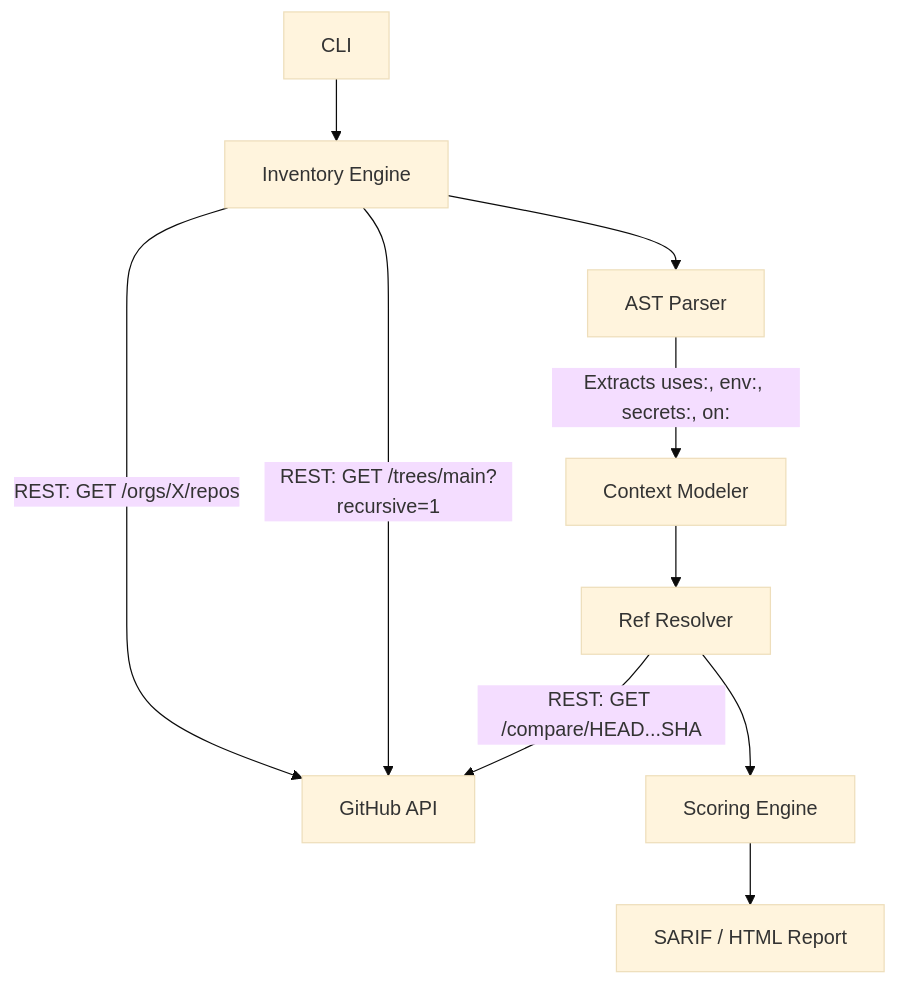
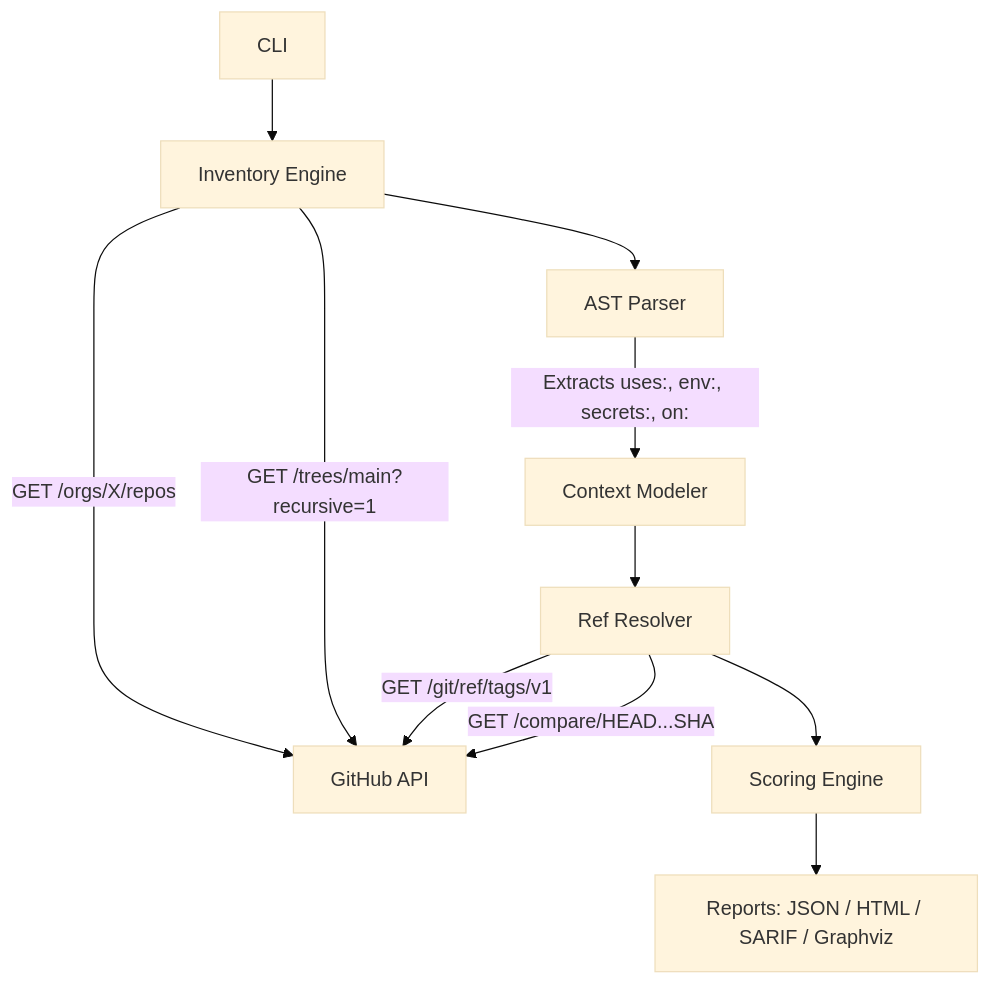
Before and after one commit to Rajkumar3887/Actionradius: the diagram in README.md, drawn with Mermaid (base theme). The commit also changed other lines of this file and 1 other file, not shown here.

Commit message:
Real incident data: Trivy March 2026, SHA/comment mismatch detector, README rewrite

````diff
--- a/README.md
+++ b/README.md
@@ -74,12 +21,13 @@
 ```mermaid
 graph TD
     A[CLI] --> B[Inventory Engine]
-    B -->|REST: GET /orgs/X/repos| C[GitHub API]
-    B -->|REST: GET /trees/main?recursive=1| C
+    B -->|"GET /orgs/X/repos"| C[GitHub API]
+    B -->|"GET /trees/main?recursive=1"| C
     B --> D[AST Parser]
-    D -->|Extracts uses:, env:, secrets:, on:| E[Context Modeler]
+    D -->|"Extracts uses:, env:, secrets:, on:"| E[Context Modeler]
     E --> F[Ref Resolver]
-    F -->|REST: GET /compare/HEAD...SHA| C
+    F -->|"GET /git/ref/tags/v1"| C
+    F -->|"GET /compare/HEAD...SHA"| C
     F --> G[Scoring Engine]
-    G --> H[SARIF / HTML Report]
+    G --> H[Reports: JSON / HTML / SARIF / Graphviz]
 ```
````
